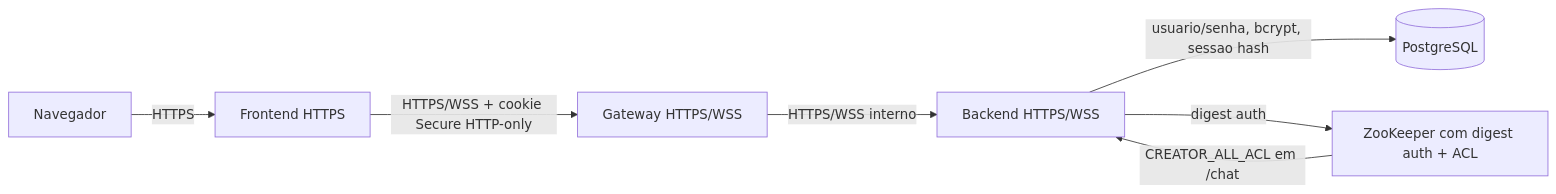
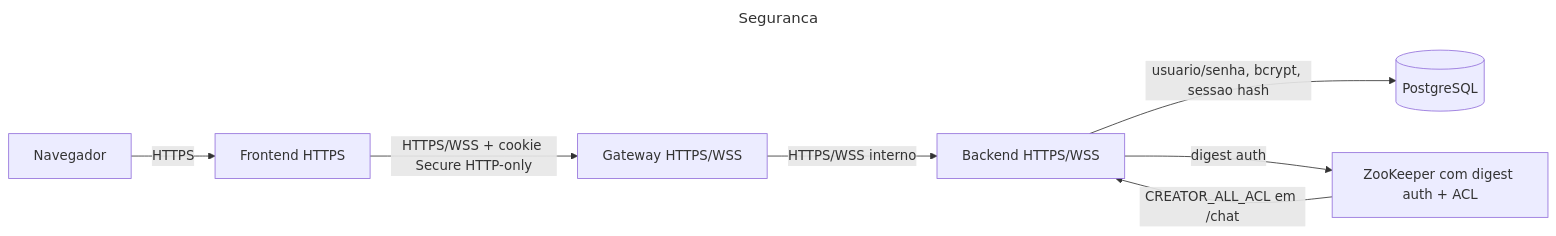
Before and after one commit to jvmr1/chat-distribuido: the tenth of 10 diagrams in docs/diagrams.md, drawn with Mermaid. The commit also changed other lines of this file and 13 other files, not shown here.

Commit message:
diagramas

````diff
--- a/docs/diagrams.md
+++ b/docs/diagrams.md
@@ -225,16 +261,19 @@
 ```mermaid
+---
+title: Seguranca
+---
 flowchart LR
   Browser[Navegador]
   FE[Frontend HTTPS]
   GW[Gateway HTTPS/WSS]
   BE[Backend HTTPS/WSS]
   ZK[ZooKeeper com digest auth + ACL]
   DB[(PostgreSQL)]
 
   Browser -->|HTTPS| FE
   FE -->|HTTPS/WSS + cookie Secure HTTP-only| GW
   GW -->|HTTPS/WSS interno| BE
   BE -->|usuario/senha, bcrypt, sessao hash| DB
   BE -->|digest auth| ZK
   ZK -->|CREATOR_ALL_ACL em /chat| BE
 ```
````
